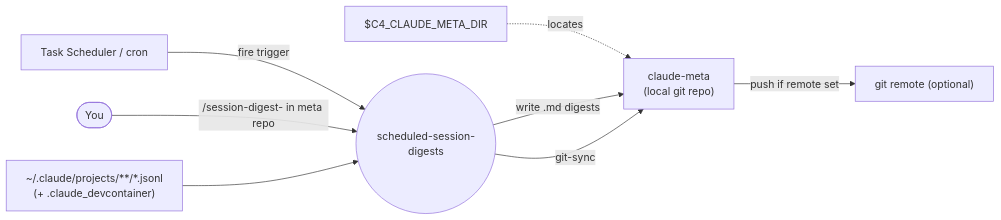
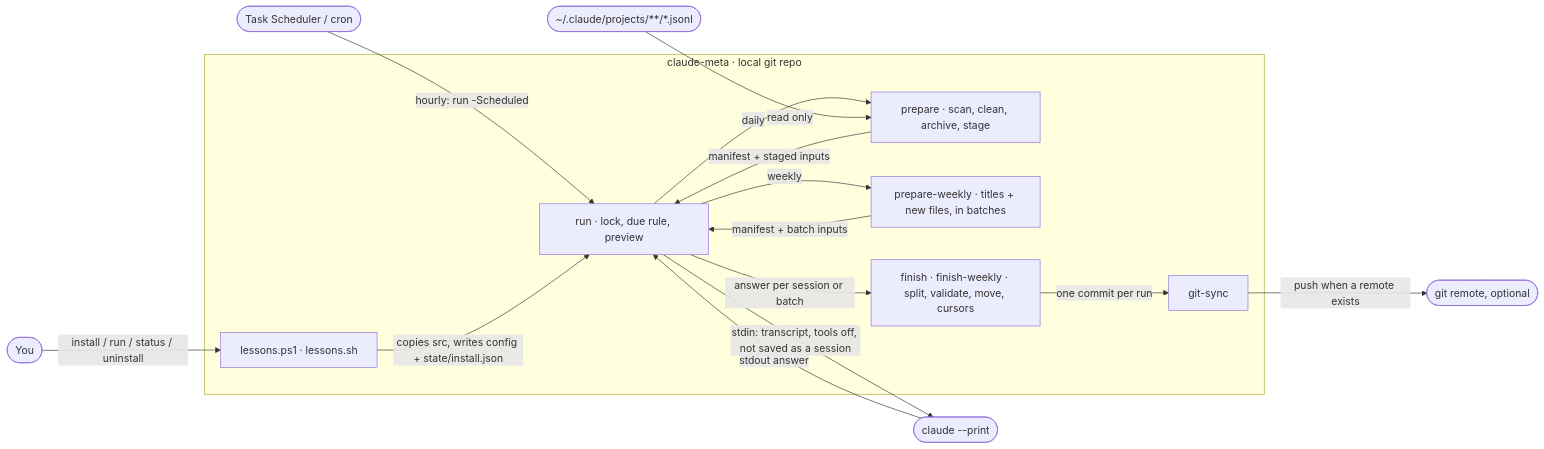
One commit to cheneeheng/claude-code-command-center changed the second of 4 diagrams in tools/scheduled-session-digests/product/ARCHITECTURE.md. Above: the diagram before and after it, drawn with Mermaid. The commit also changed other lines of this file and 12 other files, not shown here.

First line of the commit message:
fix(scheduled-session-digests): fix live-run defects (rebuild phase 6)

````diff
--- a/tools/scheduled-session-digests/product/ARCHITECTURE.md
+++ b/tools/scheduled-session-digests/product/ARCHITECTURE.md
@@ -15,10 +18,18 @@
 ```mermaid
 flowchart LR
-    sched["Task Scheduler / cron"] -->|fire trigger| digests((scheduled-session-digests))
-    you([You]) -->|"/session-digest-<name> in meta repo"| digests
-    transcripts["~/.claude/projects/**/*.jsonl<br/>(+ .claude_devcontainer)"] --> digests
-    env["$C4_CLAUDE_META_DIR"] -. locates .-> meta
-    digests -->|write .md digests| meta["claude-meta<br/>(local git repo)"]
-    digests -->|git-sync| meta
-    meta -->|push if remote set| remote["git remote (optional)"]
+    you([You]) -->|install / run / status / uninstall| cli[lessons.ps1 · lessons.sh]
+    tasks([Task Scheduler / cron]) -->|hourly: run -Scheduled| run
+    subgraph meta [claude-meta · local git repo]
+        cli -->|copies src, writes config + state/install.json| run[run · lock, due rule, preview]
+        run -->|daily| prep[prepare · scan, clean, archive, stage]
+        run -->|weekly| prepw[prepare-weekly · titles + new files, in batches]
+        prep -->|manifest + staged inputs| run
+        prepw -->|manifest + batch inputs| run
+        run -->|answer per session or batch| fin[finish · finish-weekly · split, validate, move, cursors]
+        fin -->|one commit per run| sync[git-sync]
+    end
+    transcripts(["~/.claude/projects/**/*.jsonl"]) -->|read only| prep
+    run -->|"stdin: transcript, tools off, not saved as a session"| claude(["claude --print"])
+    claude -->|stdout answer| run
+    sync -->|push when a remote exists| remote([git remote, optional])
 ```
````
